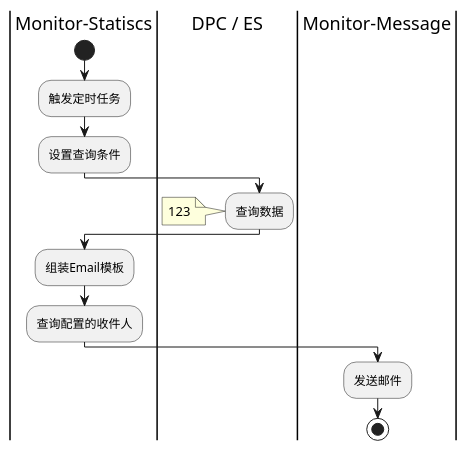
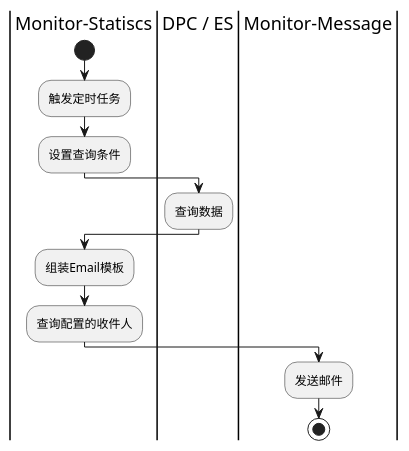
The diagram in src/main/resources/uml/monitor/swim/定时邮件报表.puml (shineguo1/springDemo), drawn with PlantUML before and after one commit. The commit also changed 13 other files, not shown here.

Commit message:
uml图

```diff
--- a/src/main/resources/uml/monitor/swim/定时邮件报表.puml
+++ b/src/main/resources/uml/monitor/swim/定时邮件报表.puml
@@ -2,15 +2,14 @@
 @startuml
 |Monitor-Statiscs|
 start
 :触发定时任务;
 :设置查询条件;
 |DPC / ES|
 :查询数据;
-note  left : 123
 |Monitor-Statiscs|
 :组装Email模板;
 :查询配置的收件人;
 |Monitor-Message|
 :发送邮件;
 stop
 @enduml
```
